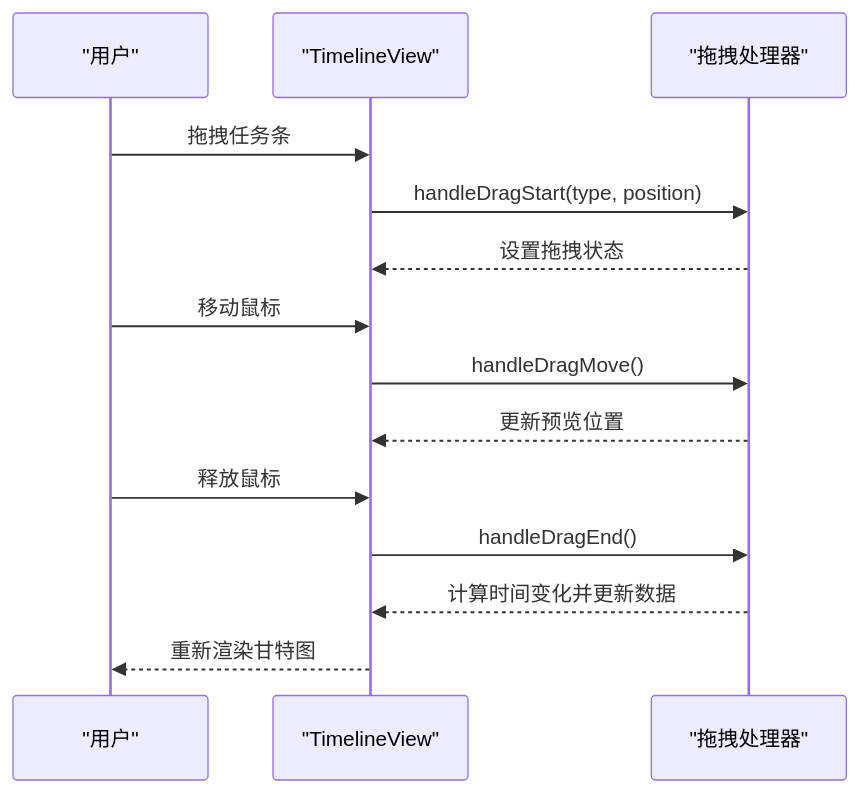
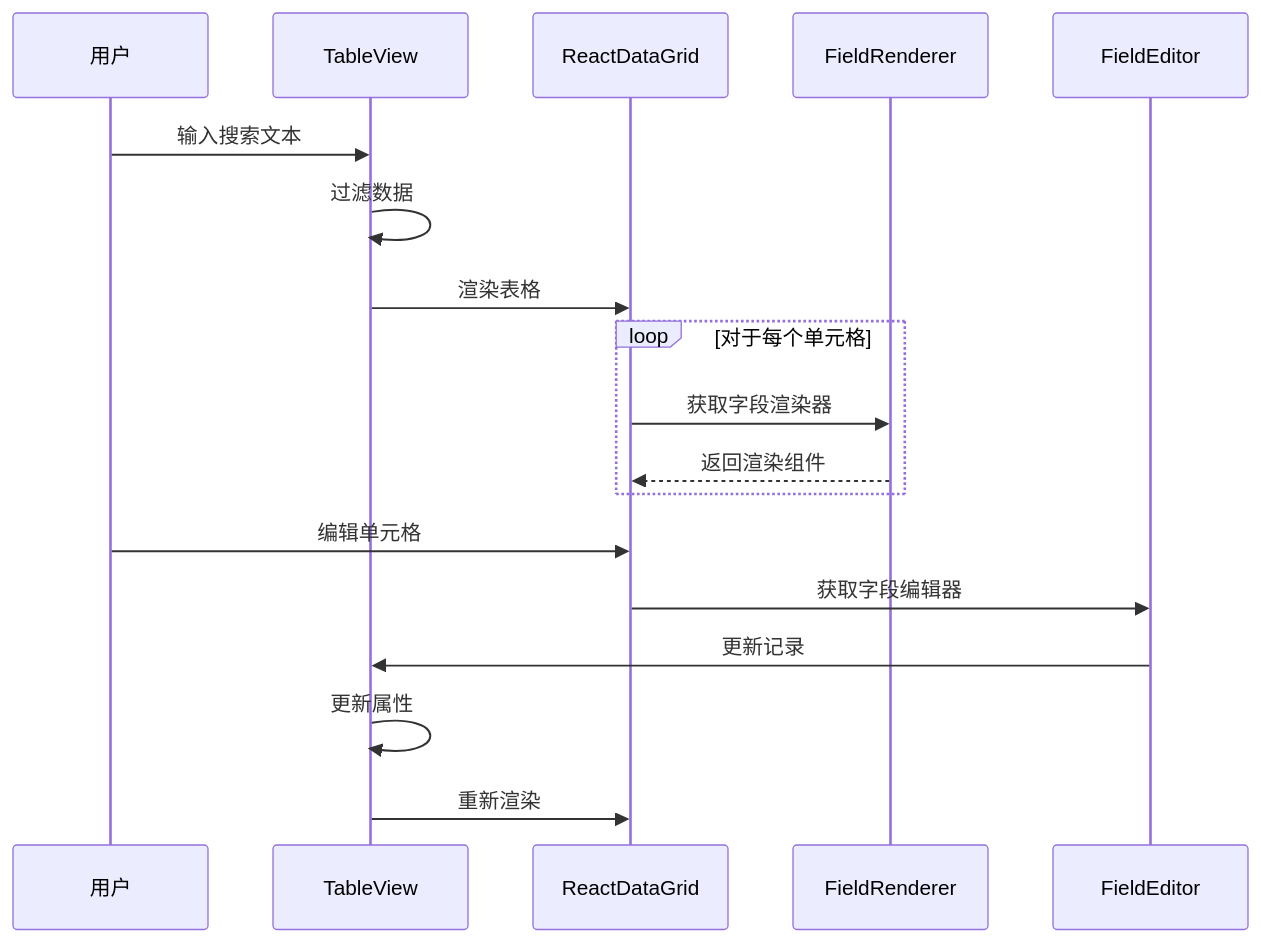
Before and after one commit to LRF0422/Kotion: the fifth of 12 diagrams in .qoder/repowiki/zh/content/Plugin Bitable.md, drawn with Mermaid. The commit also changed other lines of this file and 23 other files, not shown here.

````diff
--- a/.qoder/repowiki/zh/content/Plugin Bitable.md
+++ b/.qoder/repowiki/zh/content/Plugin Bitable.md
@@ -366,16 +256,20 @@
 ```mermaid
 sequenceDiagram
-participant U as "用户"
-participant T as "TimelineView"
-participant D as "拖拽处理器"
-U->>T : 拖拽任务条
-T->>D : handleDragStart(type, position)
-D-->>T : 设置拖拽状态
-U->>T : 移动鼠标
-T->>D : handleDragMove()
-D-->>T : 更新预览位置
-U->>T : 释放鼠标
-T->>D : handleDragEnd()
-D-->>T : 计算时间变化并更新数据
-T-->>U : 重新渲染甘特图
+participant User as 用户
+participant TV as TableView
+participant RDG as ReactDataGrid
+participant FR as FieldRenderer
+participant FE as FieldEditor
+User->>TV : 输入搜索文本
+TV->>TV : 过滤数据
+TV->>RDG : 渲染表格
+loop 对于每个单元格
+RDG->>FR : 获取字段渲染器
+FR-->>RDG : 返回渲染组件
+end
+User->>RDG : 编辑单元格
+RDG->>FE : 获取字段编辑器
+FE->>TV : 更新记录
+TV->>TV : 更新属性
+TV->>RDG : 重新渲染
 ```
````
